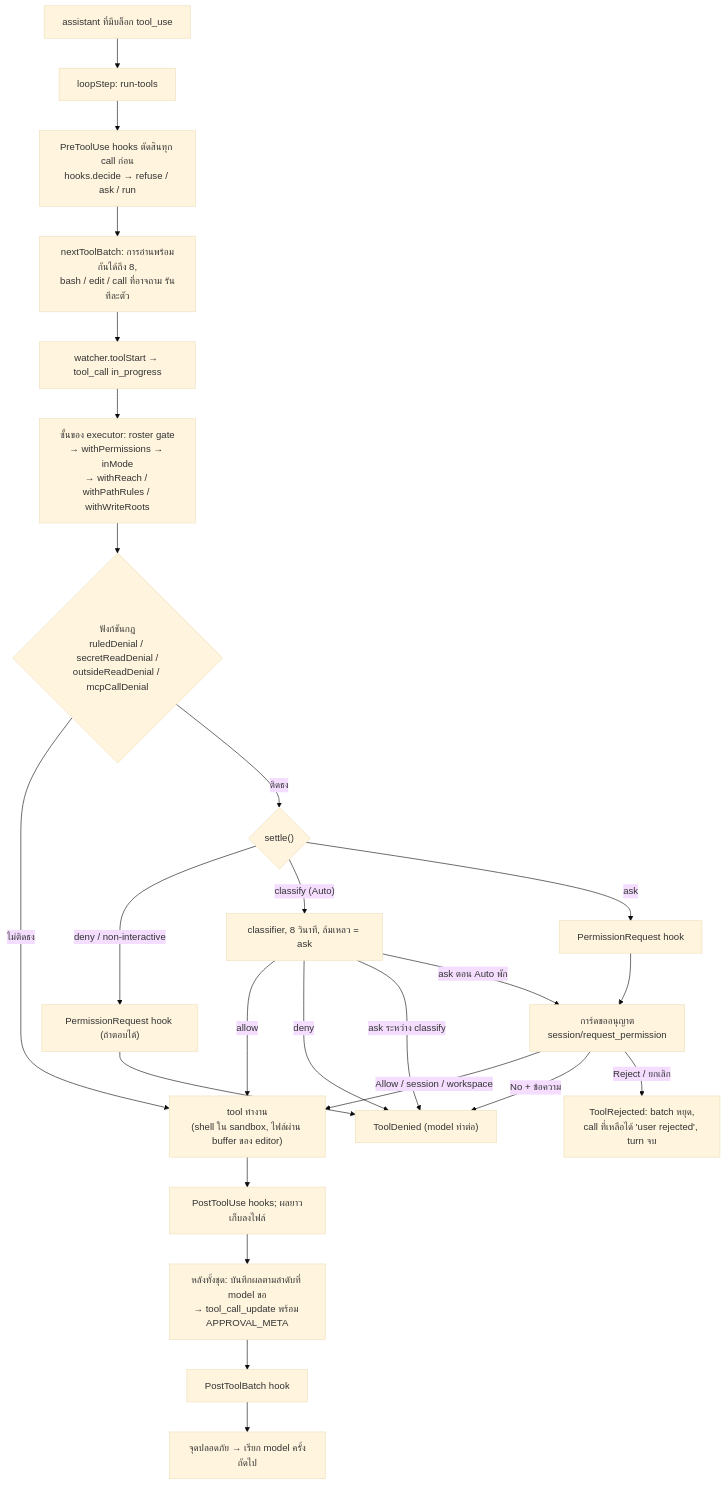
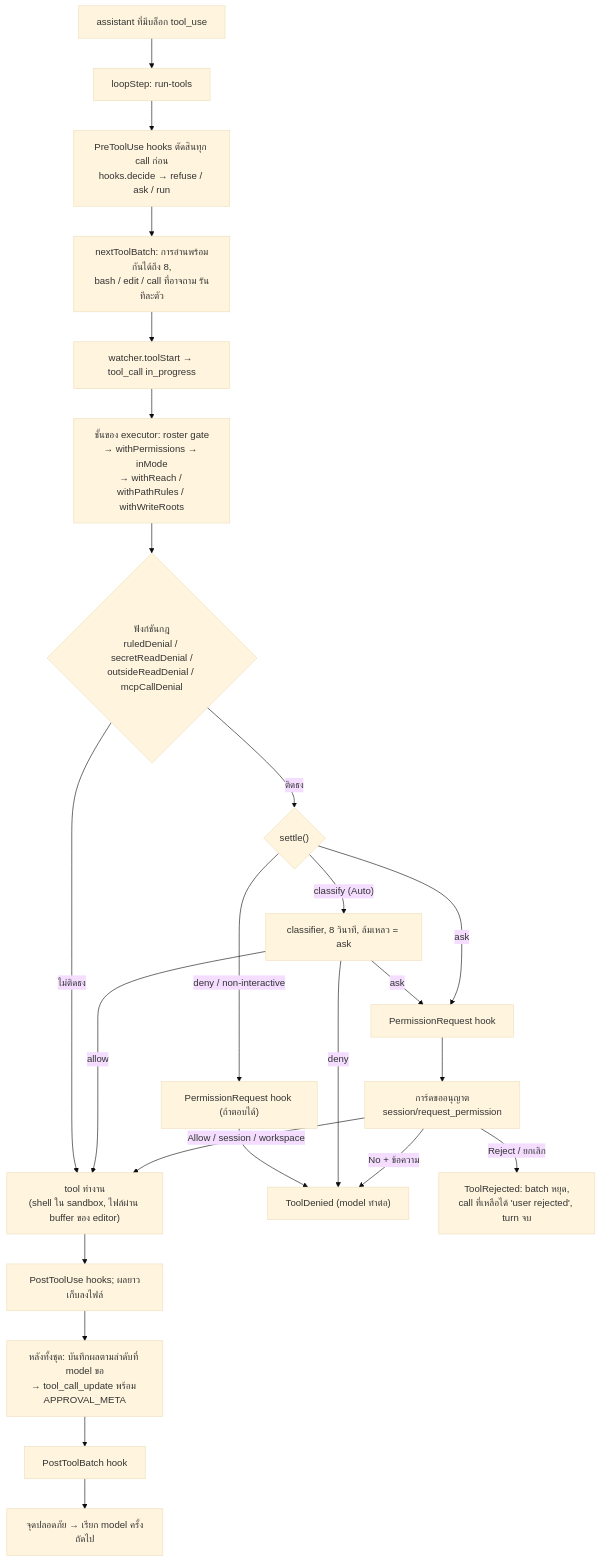
One commit to GA-MO/geno changed the diagram in packages/docs/src/content/docs/concepts/tool-pipeline.md. Above: the diagram before and after it, drawn with Mermaid (base theme). The commit also changed other lines of this file and 30 other files, not shown here.

````diff
--- a/packages/docs/src/content/docs/concepts/tool-pipeline.md
+++ b/packages/docs/src/content/docs/concepts/tool-pipeline.md
@@ -8,24 +8,23 @@
 ```mermaid
 flowchart TD
   A["assistant ที่มีบล็อก tool_use"] --> B["loopStep: run-tools"]
   B --> H["PreToolUse hooks ตัดสินทุก call ก่อน<br/>hooks.decide → refuse / ask / run"]
   H --> N["nextToolBatch: การอ่านพร้อมกันได้ถึง 8,<br/>bash / edit / call ที่อาจถาม รันทีละตัว"]
   N --> S["watcher.toolStart → tool_call in_progress"]
   S --> X["ชั้นของ executor: roster gate<br/>→ withPermissions → inMode<br/>→ withReach / withPathRules / withWriteRoots"]
   X --> R{"ฟังก์ชันกฎ<br/>ruledDenial / secretReadDenial /<br/>outsideReadDenial / mcpCallDenial"}
   R -- "ไม่ติดธง" --> RUN["tool ทำงาน<br/>(shell ใน sandbox, ไฟล์ผ่าน buffer ของ editor)"]
   R -- "ติดธง" --> ST{"settle()"}
   ST -- "deny / non-interactive" --> PRH1["PermissionRequest hook (ถ้าตอบได้)"] --> DEN["ToolDenied (model ทำต่อ)"]
   ST -- "classify (Auto)" --> CL["classifier, 8 วินาที, ล้มเหลว = ask"]
   CL -- allow --> RUN
   CL -- deny --> DEN
-  CL -- "ask ระหว่าง classify" --> DEN
-  CL -- "ask ตอน Auto พัก" --> CARD
+  CL -- ask --> PRH2
   ST -- "ask" --> PRH2["PermissionRequest hook"] --> CARD["การ์ดขออนุญาต<br/>session/request_permission"]
   CARD -- "Allow / session / workspace" --> RUN
   CARD -- "No + ข้อความ" --> DEN
   CARD -- "Reject / ยกเลิก" --> REJ["ToolRejected: batch หยุด,<br/>call ที่เหลือได้ 'user rejected', turn จบ"]
   RUN --> POST["PostToolUse hooks; ผลยาวเก็บลงไฟล์"]
   POST --> LOGR["หลังทั้งชุด: บันทึกผลตามลำดับที่ model ขอ<br/>→ tool_call_update พร้อม APPROVAL_META"]
   LOGR --> PB["PostToolBatch hook"] --> NEXT["จุดปลอดภัย → เรียก model ครั้งถัดไป"]
 ```
````
